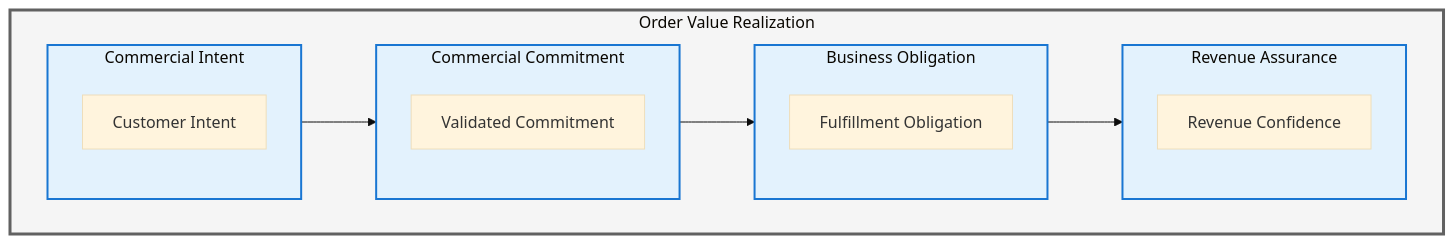
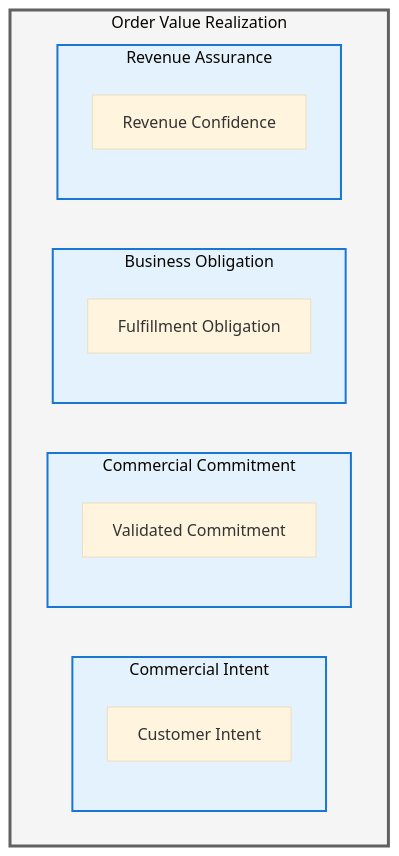
The fourth of 8 diagrams in docs/architecture/01-business-architecture.md (Evilazaro/Azure-LogicApps-Monitoring), drawn with Mermaid (base theme) before and after one commit. The commit also changed other lines of this file, not shown here.

Commit message:
Refactor Business Architecture document: update diagram structures and enforce non-sequential semantics for clarity and compliance

````diff
--- a/docs/architecture/01-business-architecture.md
+++ b/docs/architecture/01-business-architecture.md
@@ -464,36 +464,32 @@
 ```mermaid
-flowchart LR
+flowchart TB
     subgraph Order_Value["Order Value Realization"]
         direction LR
 
         subgraph Intent["Commercial Intent"]
             direction TB
             CI["Customer Intent"]
         end
 
         subgraph Commitment["Commercial Commitment"]
             direction TB
             CC["Validated Commitment"]
         end
 
         subgraph Obligation["Business Obligation"]
             direction TB
             BO["Fulfillment Obligation"]
         end
 
         subgraph Assurance["Revenue Assurance"]
             direction TB
             RA["Revenue Confidence"]
         end
-
-        Intent --> Commitment
-        Commitment --> Obligation
-        Obligation --> Assurance
     end
 
     classDef level1 fill:#f5f5f5,stroke:#616161,stroke-width:3px
     classDef level2 fill:#e3f2fd,stroke:#1976d2,stroke-width:2px
 
     class Order_Value level1
     class Intent,Commitment,Obligation,Assurance level2
 ```
````
